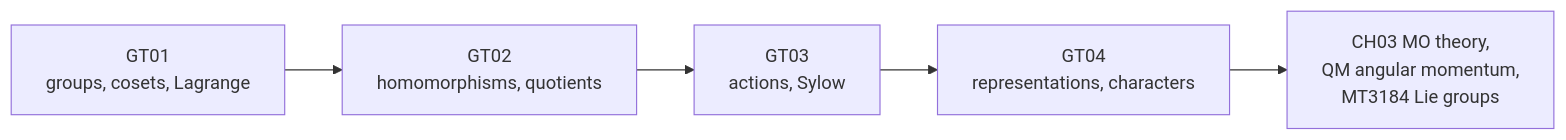
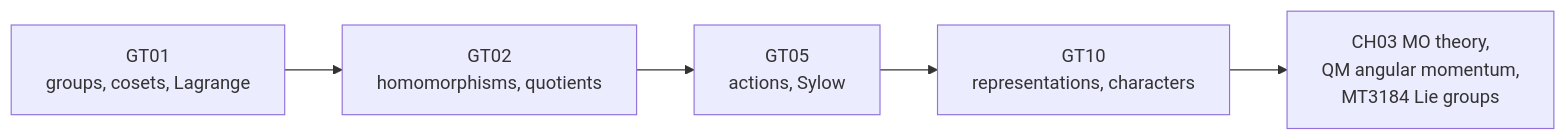
Before and after one commit to etswastik712/notes: the diagram in 10-Group-Theory/Group Theory - Course Map.md, drawn with Mermaid. The commit also changed other lines of this file and 65 other files, not shown here.

````diff
--- a/10-Group-Theory/Group Theory - Course Map.md
+++ b/10-Group-Theory/Group Theory - Course Map.md
@@ -27,7 +26,7 @@
 ```mermaid
 flowchart LR
   A["GT01<br/>groups, cosets, Lagrange"] --> B["GT02<br/>homomorphisms, quotients"]
-  B --> C["GT03<br/>actions, Sylow"]
-  C --> D["GT04<br/>representations, characters"]
+  B --> C["GT05<br/>actions, Sylow"]
+  C --> D["GT10<br/>representations, characters"]
   D --> E["CH03 MO theory,<br/>QM angular momentum,<br/>MT3184 Lie groups"]
 ```
````
